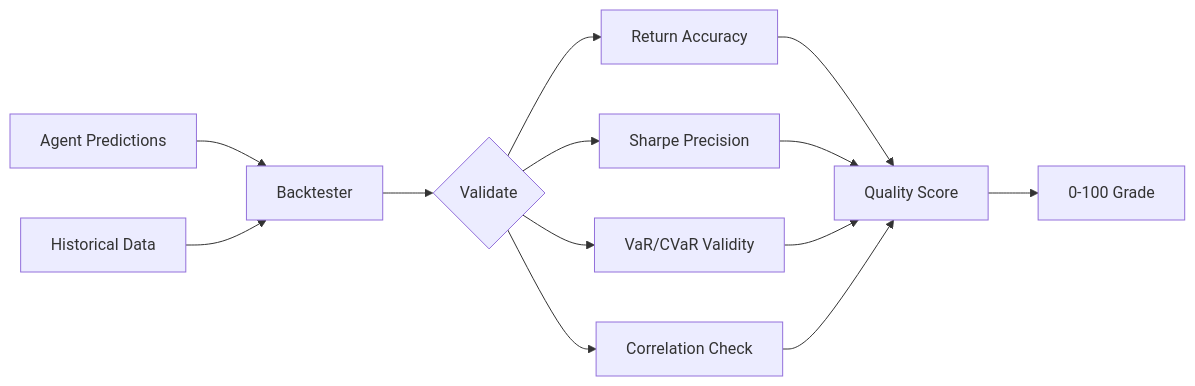
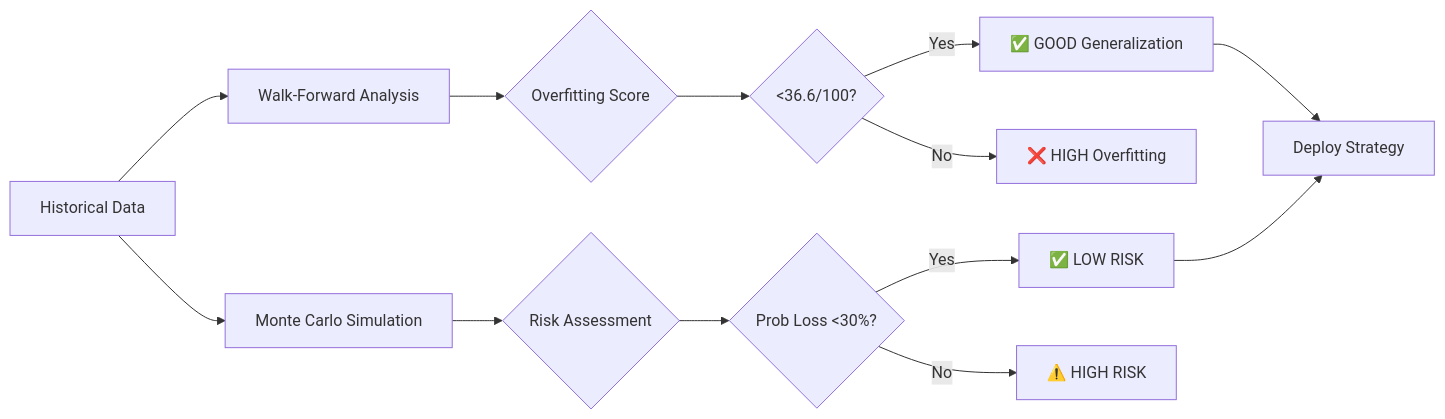
Before and after one commit to lodetomasi/portfolio-manager-multiagent: the second of 2 diagrams in README.md, drawn with Mermaid. The commit also changed other lines of this file and 9 other files, not shown here.

````diff
--- a/README.md
+++ b/README.md
@@ -438,15 +125,15 @@
 ```mermaid
 graph LR
-    A[Agent Predictions] --> B[Backtester]
-    C[Historical Data] --> B
-    B --> D{Validate}
-    D --> E[Return Accuracy]
-    D --> F[Sharpe Precision]
-    D --> G[VaR/CVaR Validity]
-    D --> H[Correlation Check]
-    E --> I[Quality Score]
-    F --> I
-    G --> I
-    H --> I
-    I --> J[0-100 Grade]
+    A[Historical Data] --> B[Walk-Forward Analysis]
+    A --> C[Monte Carlo Simulation]
+    B --> D{Overfitting Score}
+    C --> E{Risk Assessment}
+    D --> F{<36.6/100?}
+    E --> G{Prob Loss <30%?}
+    F -->|Yes| H[✅ GOOD Generalization]
+    F -->|No| I[❌ HIGH Overfitting]
+    G -->|Yes| J[✅ LOW RISK]
+    G -->|No| K[⚠️ HIGH RISK]
+    H --> L[Deploy Strategy]
+    J --> L
 ```
````
